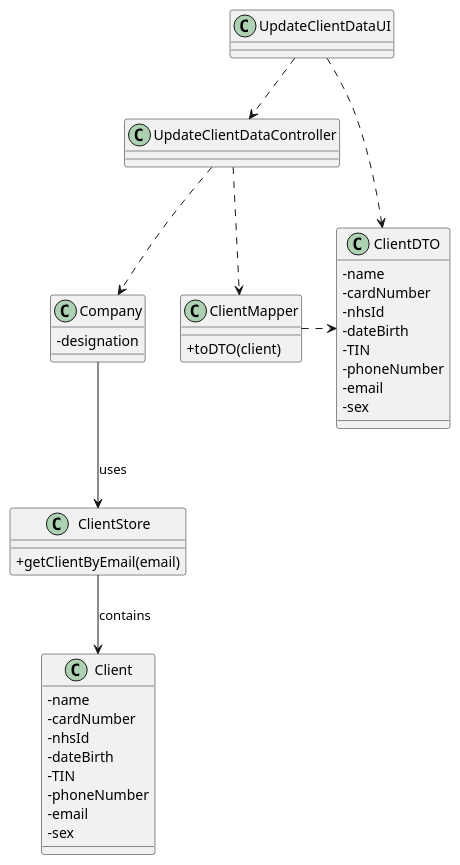
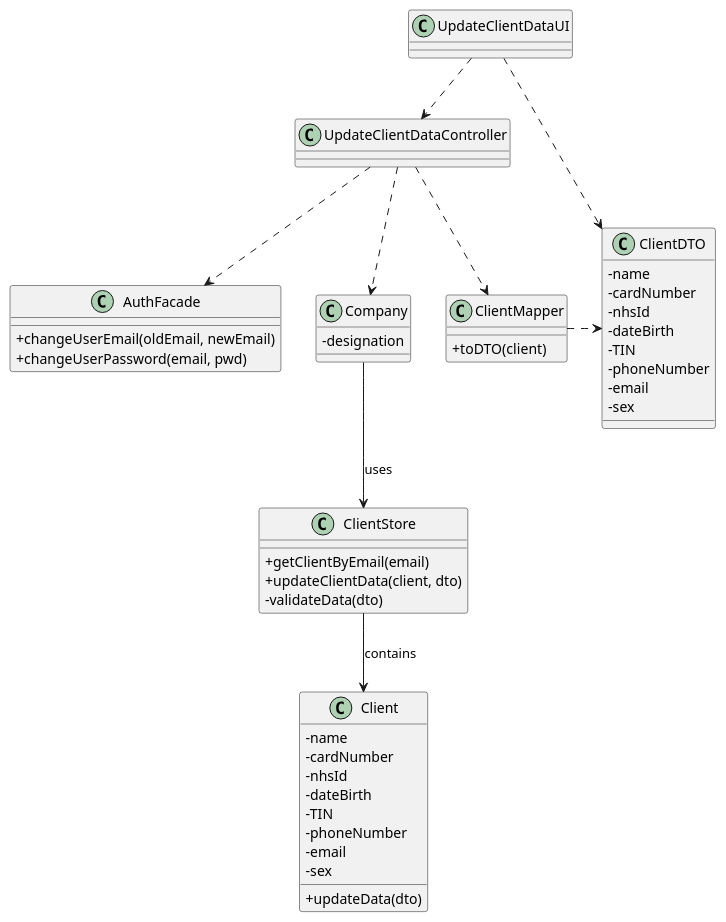
The diagram in docs/SprintD/US2/US2_CD.puml (MadDinosaur/ISEP-LAPR2), drawn with PlantUML before and after one commit. The commit also changed 3 other files, not shown here.

```diff
--- a/docs/SprintD/US2/US2_CD.puml
+++ b/docs/SprintD/US2/US2_CD.puml
@@ -1,43 +1,51 @@
 @startuml
 skinparam classAttributeIconSize 0
 
+class AuthFacade {
++ changeUserEmail(oldEmail, newEmail)
++ changeUserPassword(email, pwd)
+}
 class Client {
 - name
 - cardNumber
 - nhsId
 - dateBirth
 - TIN
 - phoneNumber
 - email
 - sex
++ updateData(dto)
 }
 class UpdateClientDataUI
 class UpdateClientDataController
 class Company {
 - designation
 }
 class ClientStore {
 + getClientByEmail(email)
++ updateClientData(client, dto)
+- validateData(dto)
 }
 class ClientMapper {
 + toDTO(client)
 }
 class ClientDTO {
 - name
 - cardNumber
 - nhsId
 - dateBirth
 - TIN
 - phoneNumber
 - email
 - sex
 }
 
 UpdateClientDataUI ..> UpdateClientDataController
 UpdateClientDataUI ..> ClientDTO
 UpdateClientDataController ..> ClientMapper
+UpdateClientDataController ..> AuthFacade
 ClientMapper .right.> ClientDTO
 UpdateClientDataController ..> Company
 Company --> ClientStore : uses
 ClientStore --> Client : contains
 @enduml
```
